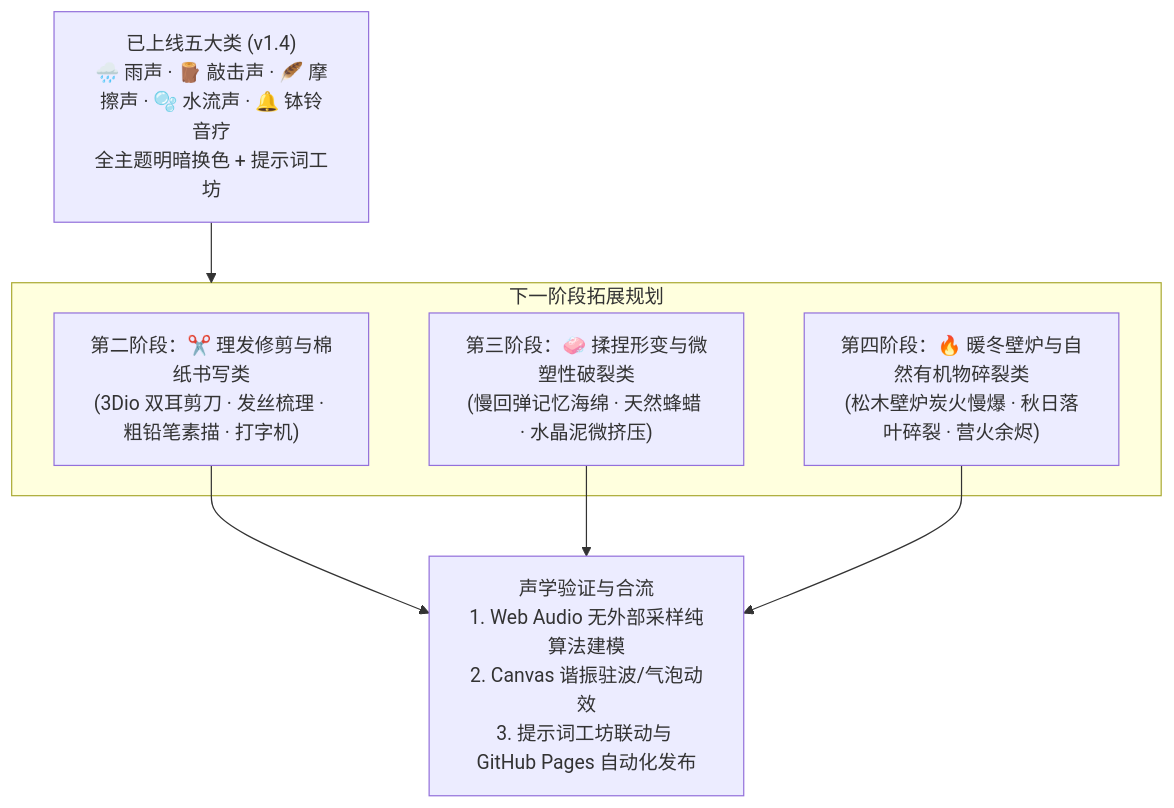
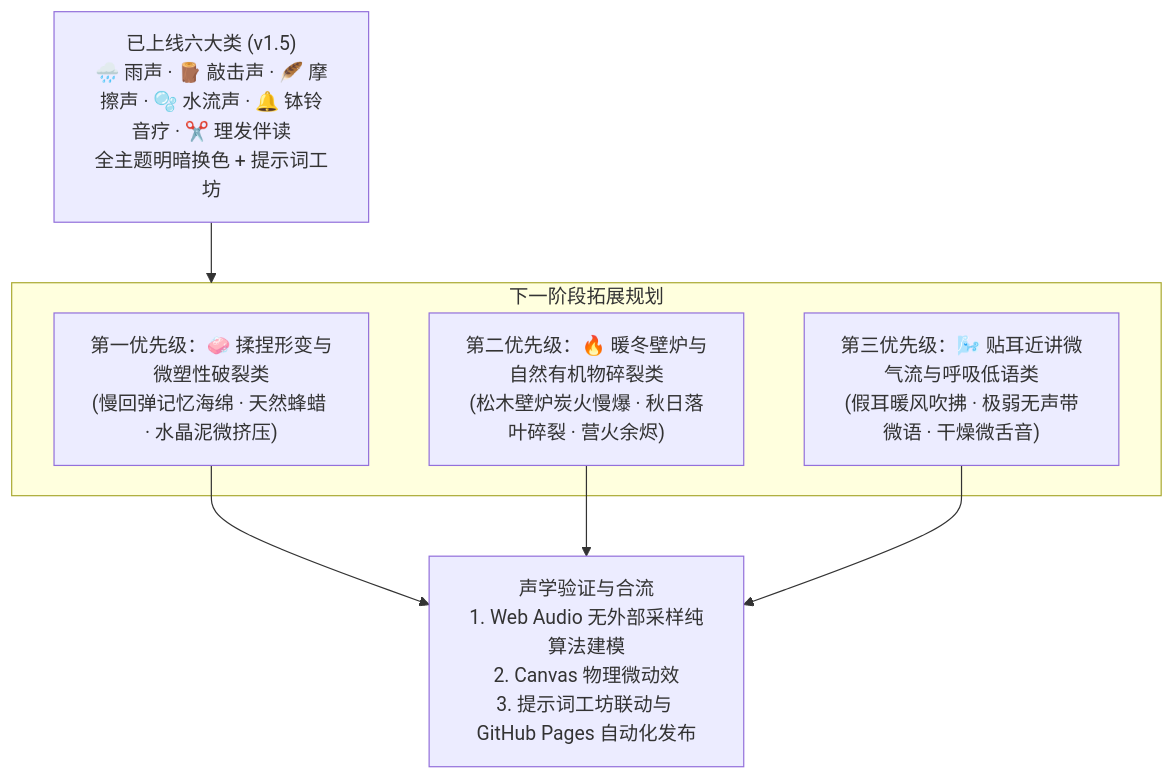
The diagram in docs/ai-asmr-expansion-plan.md (single5240/single5240.github.io), drawn with Mermaid before and after one commit. The commit also changed other lines of this file and 2 other files, not shown here.

Commit message:
feat(asmr): 新增沉浸理发、伴读工具与微机械大类及双耳近讲合成器

````diff
--- a/docs/ai-asmr-expansion-plan.md
+++ b/docs/ai-asmr-expansion-plan.md
@@ -114,14 +115,14 @@
 ```mermaid
 flowchart TD
-    Current["已上线五大类 (v1.4)<br>🌧️ 雨声 · 🪵 敲击声 · 🪶 摩擦声 · 🫧 水流声 · 🔔 钵铃音疗<br>全主题明暗换色 + 提示词工坊"] --> NextPhase
+    Current["已上线六大类 (v1.5)<br>🌧️ 雨声 · 🪵 敲击声 · 🪶 摩擦声 · 🫧 水流声 · 🔔 钵铃音疗 · ✂️ 理发伴读<br>全主题明暗换色 + 提示词工坊"] --> NextPhase
     
     subgraph NextPhase["下一阶段拓展规划"]
-        P3["第二阶段：✂️ 理发修剪与棉纸书写类<br>(3Dio 双耳剪刀 · 发丝梳理 · 粗铅笔素描 · 打字机)"]
-        P4["第三阶段：🧼 揉捏形变与微塑性破裂类<br>(慢回弹记忆海绵 · 天然蜂蜡 · 水晶泥微挤压)"]
-        P5["第四阶段：🔥 暖冬壁炉与自然有机物碎裂类<br>(松木壁炉炭火慢爆 · 秋日落叶碎裂 · 营火余烬)"]
+        P4["第一优先级：🧼 揉捏形变与微塑性破裂类<br>(慢回弹记忆海绵 · 天然蜂蜡 · 水晶泥微挤压)"]
+        P5["第二优先级：🔥 暖冬壁炉与自然有机物碎裂类<br>(松木壁炉炭火慢爆 · 秋日落叶碎裂 · 营火余烬)"]
+        P6["第三优先级：🌬️ 贴耳近讲微气流与呼吸低语类<br>(假耳暖风吹拂 · 极弱无声带微语 · 干燥微舌音)"]
     end
     
-    P3 --> Verification["声学验证与合流<br>1. Web Audio 无外部采样纯算法建模<br>2. Canvas 谐振驻波/气泡动效<br>3. 提示词工坊联动与 GitHub Pages 自动化发布"]
-    P4 --> Verification
+    P4 --> Verification["声学验证与合流<br>1. Web Audio 无外部采样纯算法建模<br>2. Canvas 物理微动效<br>3. 提示词工坊联动与 GitHub Pages 自动化发布"]
     P5 --> Verification
+    P6 --> Verification
 ```
````
